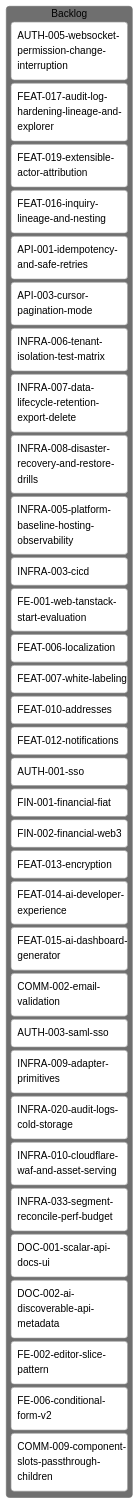
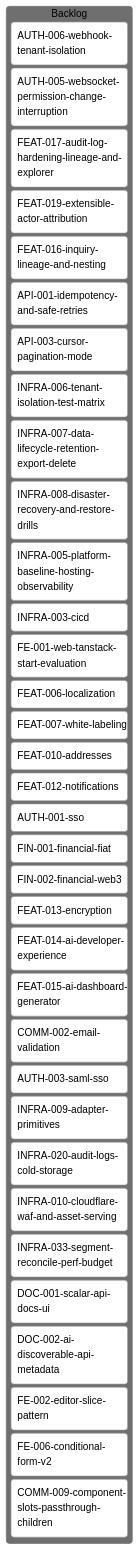
One commit to inixiative/template changed the diagram in tickets/kanban-backlog.md. Above: the diagram before and after it, drawn with Mermaid (neutral theme). The commit also changed other lines of this file and 1 other file, not shown here.

Commit message:
docs: track webhook tenant isolation defect

````diff
--- a/tickets/kanban-backlog.md
+++ b/tickets/kanban-backlog.md
@@ -3,42 +3,43 @@
 ```mermaid
 ---
 config:
   kanban:
     ticketBaseUrl: 'https://github.com/yourorg/template/blob/main/tickets/#TICKET#'
 ---
 kanban
   Backlog
+    AUTH-006-webhook-tenant-isolation
     AUTH-005-websocket-permission-change-interruption
     FEAT-017-audit-log-hardening-lineage-and-explorer
     FEAT-019-extensible-actor-attribution
     FEAT-016-inquiry-lineage-and-nesting
     API-001-idempotency-and-safe-retries
     API-003-cursor-pagination-mode
     INFRA-006-tenant-isolation-test-matrix
     INFRA-007-data-lifecycle-retention-export-delete
     INFRA-008-disaster-recovery-and-restore-drills
     INFRA-005-platform-baseline-hosting-observability
     INFRA-003-cicd
     FE-001-web-tanstack-start-evaluation
     FEAT-006-localization
     FEAT-007-white-labeling
     FEAT-010-addresses
     FEAT-012-notifications
     AUTH-001-sso
     FIN-001-financial-fiat
     FIN-002-financial-web3
     FEAT-013-encryption
     FEAT-014-ai-developer-experience
     FEAT-015-ai-dashboard-generator
     COMM-002-email-validation
     AUTH-003-saml-sso
     INFRA-009-adapter-primitives
     INFRA-020-audit-logs-cold-storage
     INFRA-010-cloudflare-waf-and-asset-serving
     INFRA-033-segment-reconcile-perf-budget
     DOC-001-scalar-api-docs-ui
     DOC-002-ai-discoverable-api-metadata
     FE-002-editor-slice-pattern
     FE-006-conditional-form-v2
     COMM-009-component-slots-passthrough-children
 ```
````
